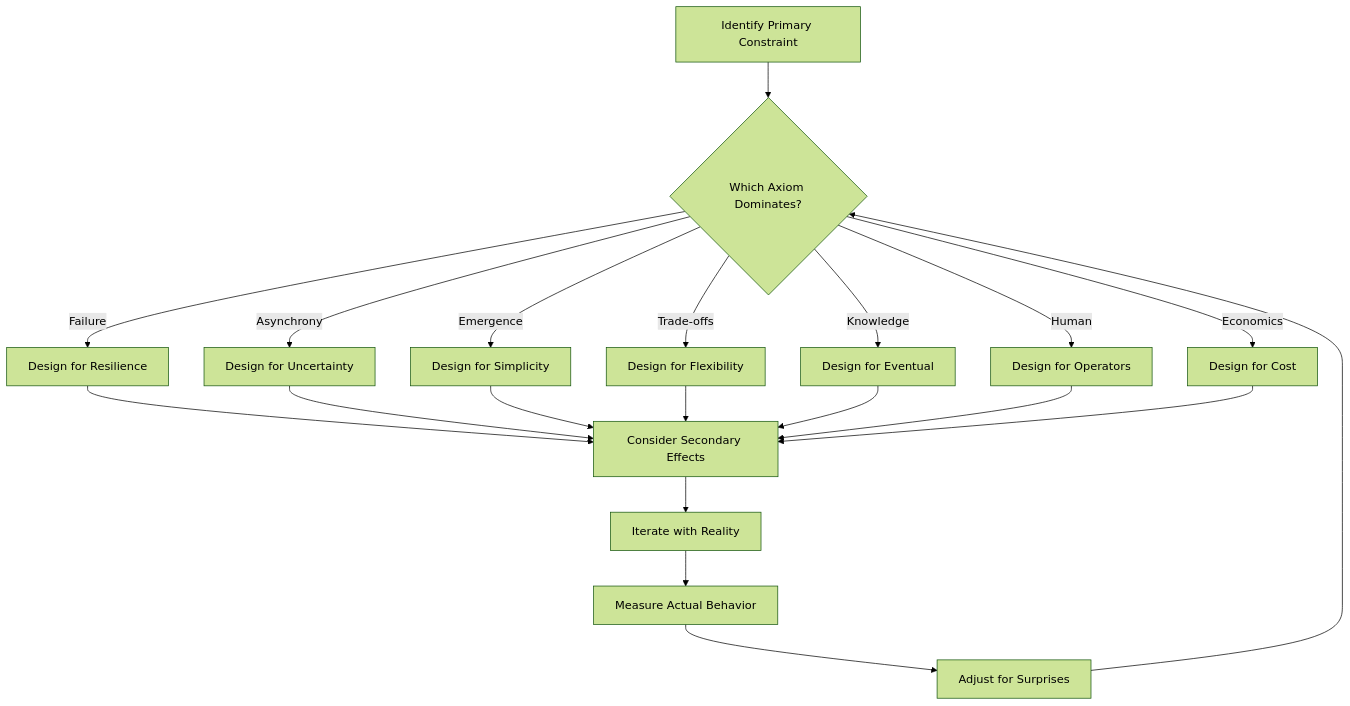
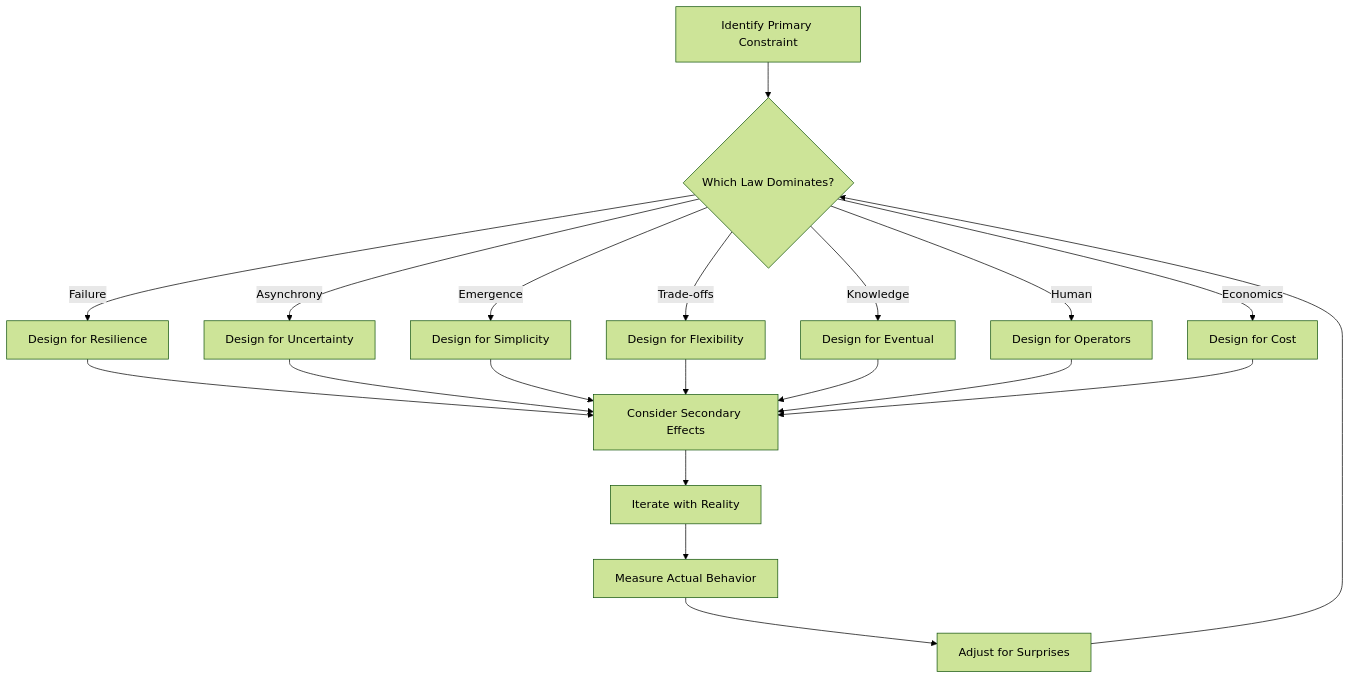
One commit to deepaucksharma/DStudio changed the third of 3 diagrams in docs/part1-axioms/synthesis.md. Above: the diagram before and after it, drawn with Mermaid (forest theme). The commit also changed other lines of this file and 124 other files, not shown here.

````diff
--- a/docs/part1-axioms/synthesis.md
+++ b/docs/part1-axioms/synthesis.md
@@ -356,26 +356,26 @@
 ```mermaid
 flowchart TD
     START[Identify Primary Constraint]
-    START --> CHECK{Which Axiom Dominates?}
+    START --> CHECK{Which Law Dominates?}
     
     CHECK -->|Failure| FAIL[Design for Resilience]
     CHECK -->|Asynchrony| ASYNC[Design for Uncertainty]
     CHECK -->|Emergence| EMERGE[Design for Simplicity]
     CHECK -->|Trade-offs| TRADE[Design for Flexibility]
     CHECK -->|Knowledge| KNOW[Design for Eventual]
     CHECK -->|Human| HUMAN[Design for Operators]
     CHECK -->|Economics| ECON[Design for Cost]
     
     FAIL --> SECONDARY[Consider Secondary Effects]
     ASYNC --> SECONDARY
     EMERGE --> SECONDARY
     TRADE --> SECONDARY
     KNOW --> SECONDARY
     HUMAN --> SECONDARY
     ECON --> SECONDARY
     
     SECONDARY --> ITERATE[Iterate with Reality]
     ITERATE --> MEASURE[Measure Actual Behavior]
     MEASURE --> ADJUST[Adjust for Surprises]
     ADJUST --> CHECK
 ```
````
